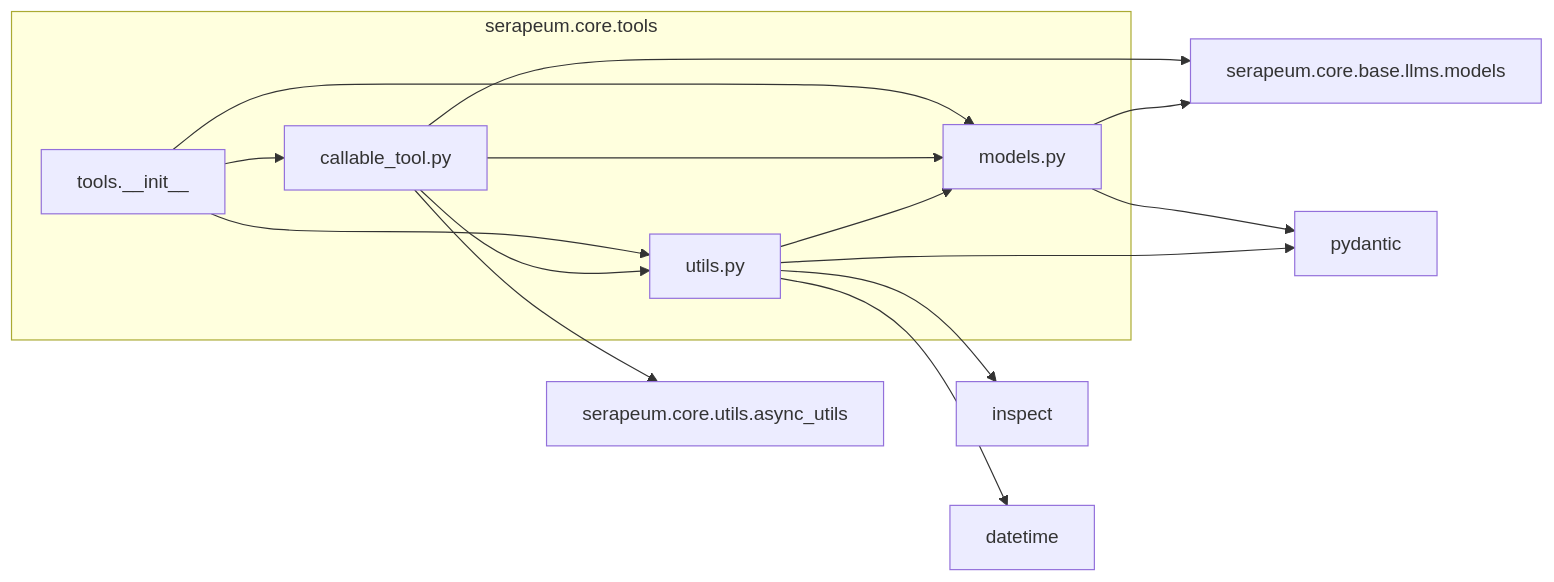
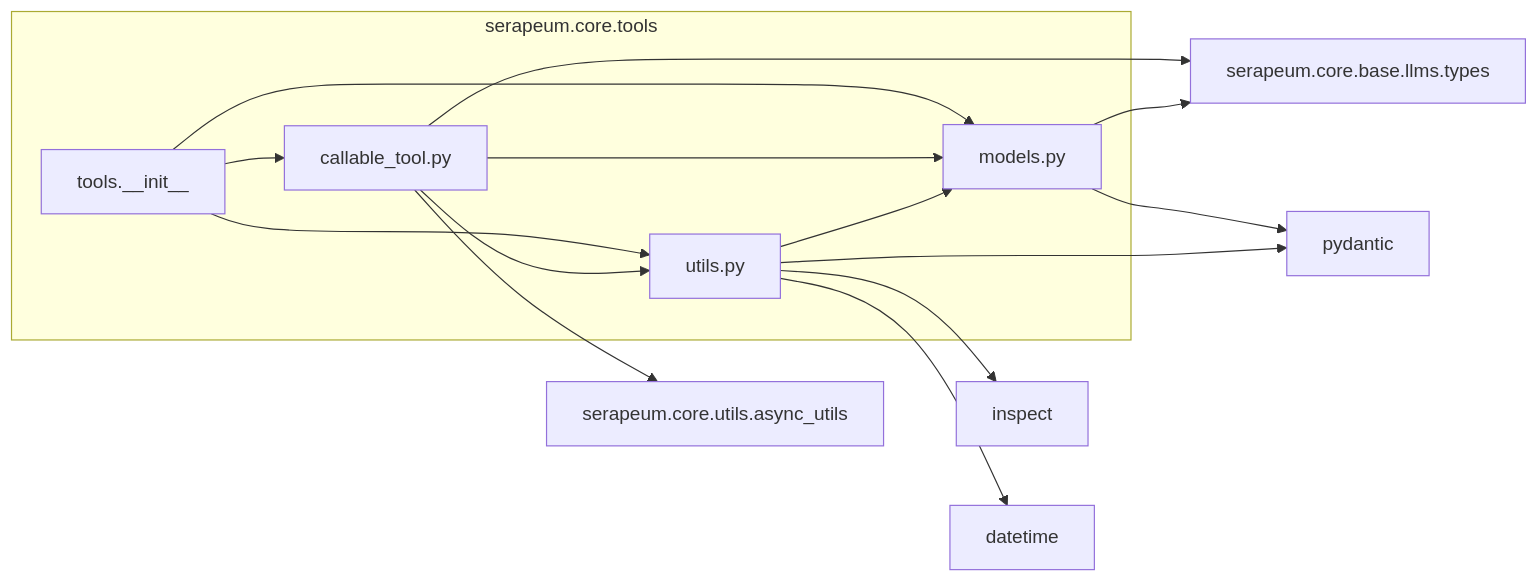
Before and after one commit to Serapieum-of-alex/serapeum: the second of 5 diagrams in docs/reference/core/tools/tools.md, drawn with Mermaid. The commit also changed other lines of this file and 187 other files, not shown here.

````diff
--- a/docs/reference/core/tools/tools.md
+++ b/docs/reference/core/tools/tools.md
@@ -49,29 +49,29 @@
 ```mermaid
 %% Mermaid Module Dependency Diagram for serapeum.core.tools
 %% Save as docs/tools/diagrams/module-deps.mmd
 
 graph LR
     subgraph "serapeum.core.tools"
         tools_init["tools.__init__"]
         callable_tool["callable_tool.py"]
         models["models.py"]
         utils["utils.py"]
     end
 
     tools_init --> callable_tool
     tools_init --> models
     tools_init --> utils
 
     callable_tool --> models
     callable_tool --> utils
     callable_tool --> async_utils["serapeum.core.utils.async_utils"]
-    callable_tool --> core_llms_models["serapeum.core.base.llms.models"]
+    callable_tool --> core_llms_models["serapeum.core.base.llms.types"]
 
     models --> core_llms_models
     models --> pydantic["pydantic"]
 
     utils --> models
     utils --> pydantic
     utils --> inspect["inspect"]
     utils --> datetime["datetime"]
 ```
````
